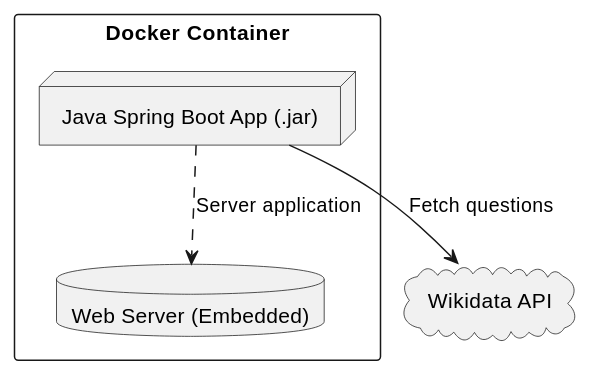
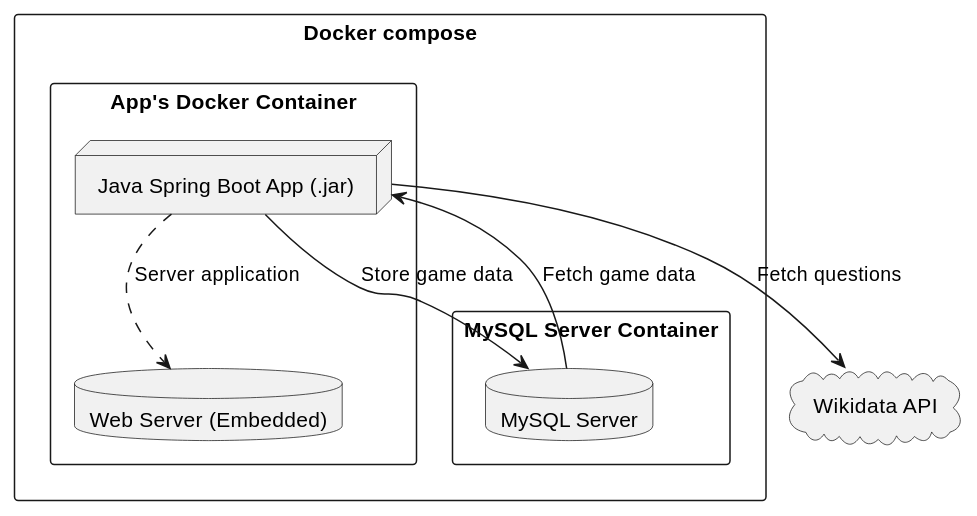
Before and after one commit to Arquisoft/wiq_es04b: the diagram in docs/src/07_deployment_view.adoc, drawn with PlantUML. The commit also changed other lines of this file and 1 other file, not shown here.

Commit message:
Complete domain model diagram (WIP)

```diff
--- a/docs/src/07_deployment_view.adoc
+++ b/docs/src/07_deployment_view.adoc
@@ -35,14 +39,22 @@
 [plantuml,"Docker Container Setup",png]
 ----
 @startuml
-rectangle "Docker Container" {
-    node "Java Spring Boot App (.jar)" as App
-    database "Web Server (Embedded)" as WebServer
+rectangle "Docker compose" {
+    rectangle "App's Docker Container"  {
+        node "Java Spring Boot App (.jar)" as App
+        database "Web Server (Embedded)" as WebServer
+    }
+
+    rectangle "MySQL Server Container" {
+        database "MySQL Server" as MySQL
+    }
 }
 
 cloud "Wikidata API" as API
 
+App --> MySQL : Store game data
+MySQL --> App : Fetch game data
 App --> API : Fetch questions
 App ..> WebServer : Server application
 @enduml
 ----
```
